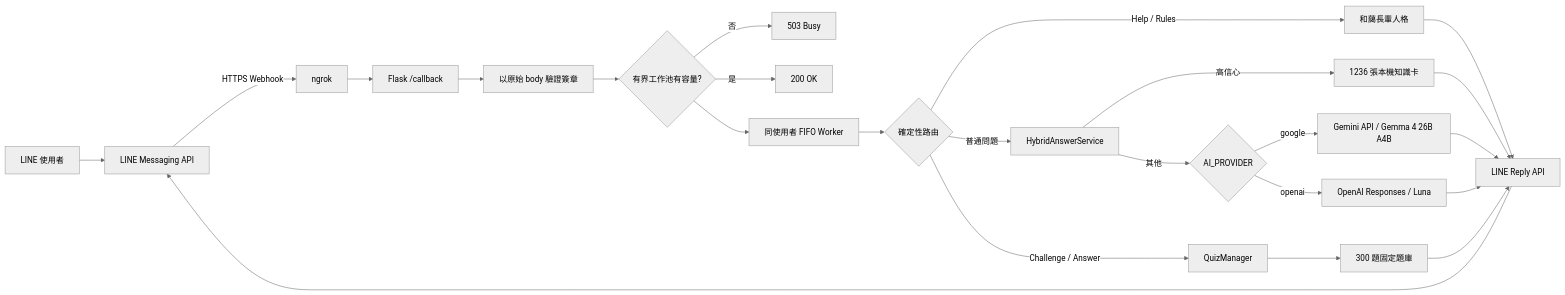
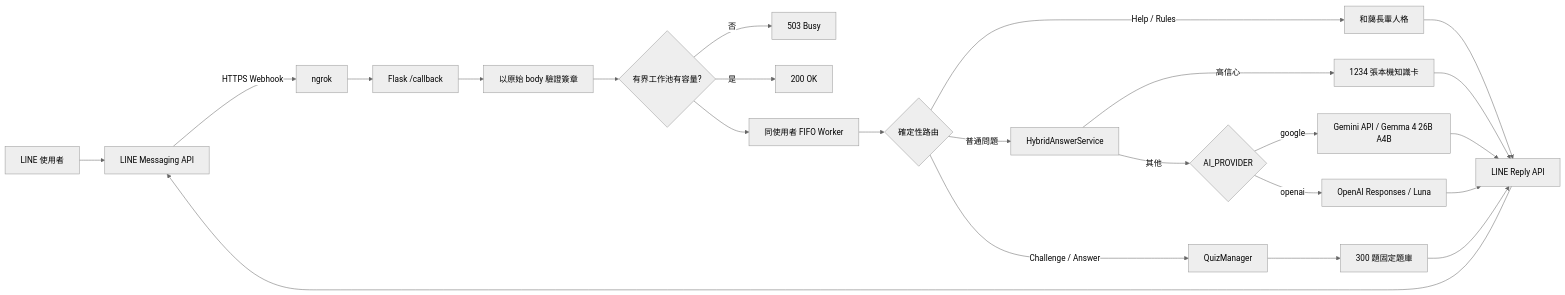
Before and after one commit to Gale0418/SFLINE_BOT: the diagram in docs/architecture.md, drawn with Mermaid (neutral theme). The commit also changed other lines of this file and 21 other files, not shown here.

````diff
--- a/docs/architecture.md
+++ b/docs/architecture.md
@@ -32,26 +32,26 @@
 ```mermaid
 flowchart LR
     U[LINE 使用者] --> L[LINE Messaging API]
     L -->|HTTPS Webhook| N[ngrok]
     N --> F[Flask /callback]
     F --> V[以原始 body 驗證簽章]
     V --> Q{有界工作池有容量?}
     Q -->|否| R503[503 Busy]
     Q -->|是| ACK[200 OK]
     Q --> W[同使用者 FIFO Worker]
     W --> D{確定性路由}
     D -->|Help / Rules| P[和藹長輩人格]
     D -->|Challenge / Answer| Z[QuizManager]
     D -->|普通問題| H[HybridAnswerService]
-    H -->|高信心| K[1236 張本機知識卡]
+    H -->|高信心| K[1234 張本機知識卡]
     H -->|其他| S{AI_PROVIDER}
     S -->|google| G[Gemini API / Gemma 4 26B A4B]
     S -->|openai| O[OpenAI Responses / Luna]
     Z --> B[300 題固定題庫]
     P --> X[LINE Reply API]
     K --> X
     G --> X
     O --> X
     B --> X
     X --> L
 ```
````
